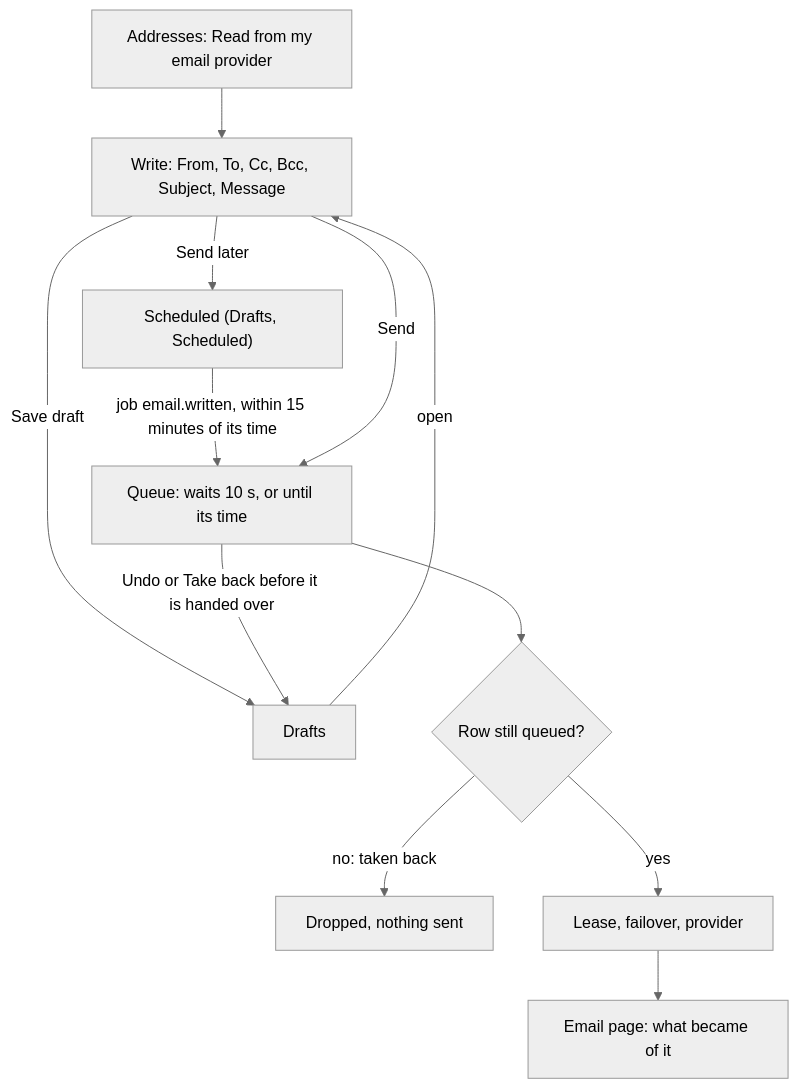
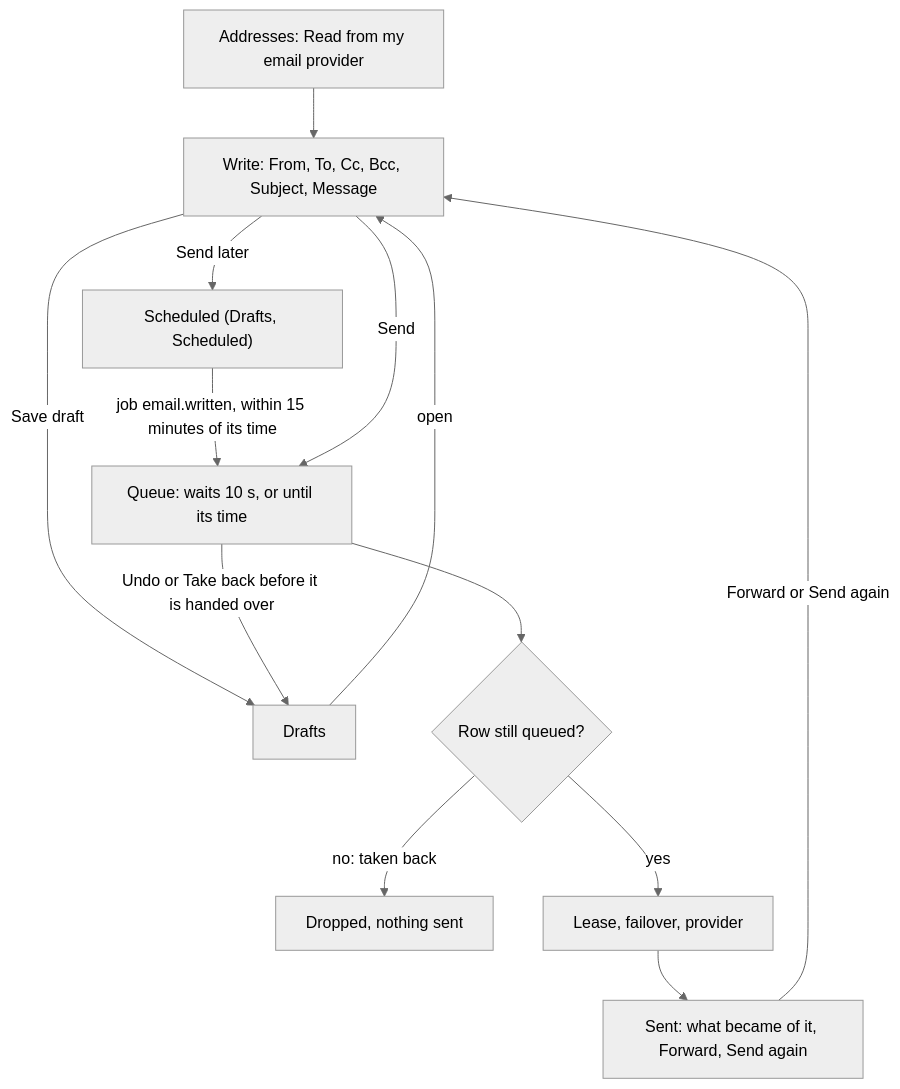
One commit to Harshil8136/chess-game1 changed the second of 2 diagrams in synced-docs/oltrem-admin/docs/records/2026-10-29-mail-write.md. Above: the diagram before and after it, drawn with Mermaid (neutral theme). The commit also changed other lines of this file and 3 other files, not shown here.

````diff
--- a/synced-docs/oltrem-admin/docs/records/2026-10-29-mail-write.md
+++ b/synced-docs/oltrem-admin/docs/records/2026-10-29-mail-write.md
@@ -48,14 +51,15 @@
 ```mermaid
 flowchart TB
   R["Addresses: Read from my email provider"] --> W[Write: From, To, Cc, Bcc, Subject, Message]
   W -->|Save draft| D[Drafts]
   D -->|open| W
   W -->|Send later| L["Scheduled (Drafts, Scheduled)"]
   L -->|"job email.written, within 15 minutes of its time"| Q
   W -->|Send| Q["Queue: waits 10 s, or until its time"]
   Q -->|Undo or Take back before it is handed over| D
   Q --> H{"Row still queued?"}
   H -->|no: taken back| X[Dropped, nothing sent]
   H -->|yes| P[Lease, failover, provider]
-  P --> E[Email page: what became of it]
+  P --> E["Sent: what became of it, Forward, Send again"]
+  E -->|Forward or Send again| W
 ```
````
